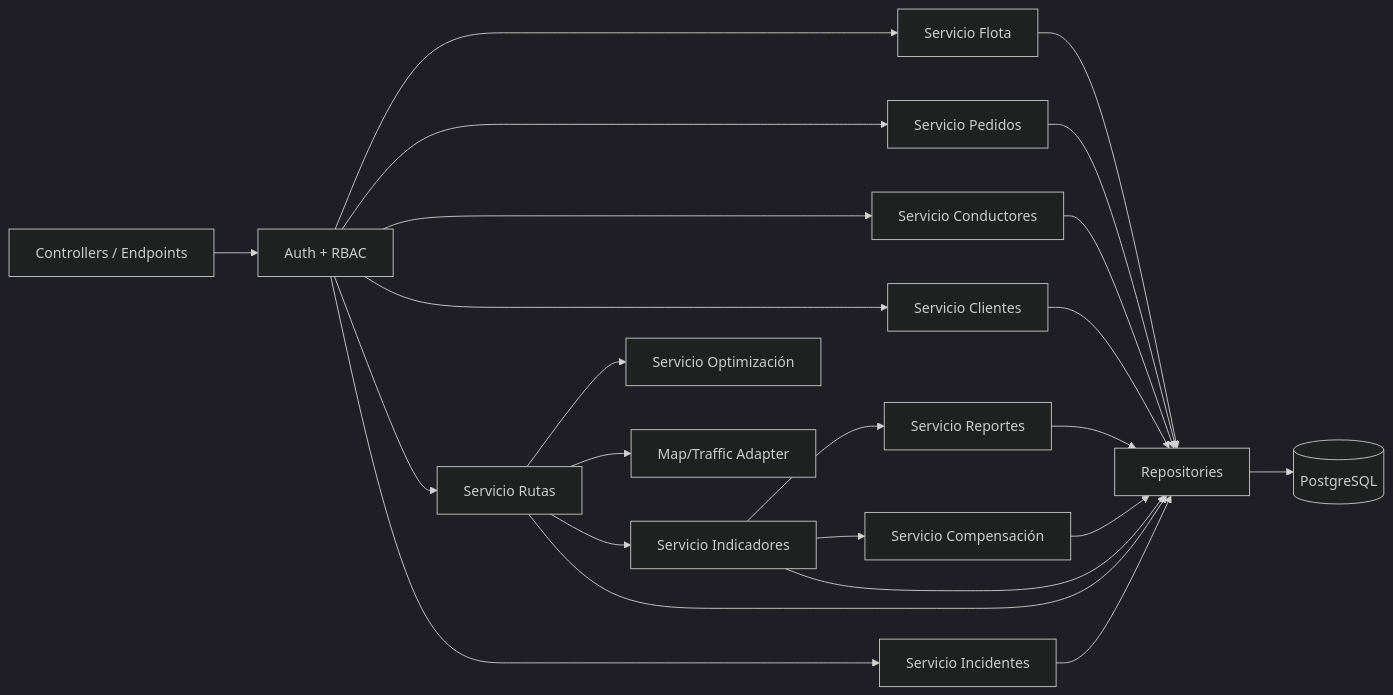
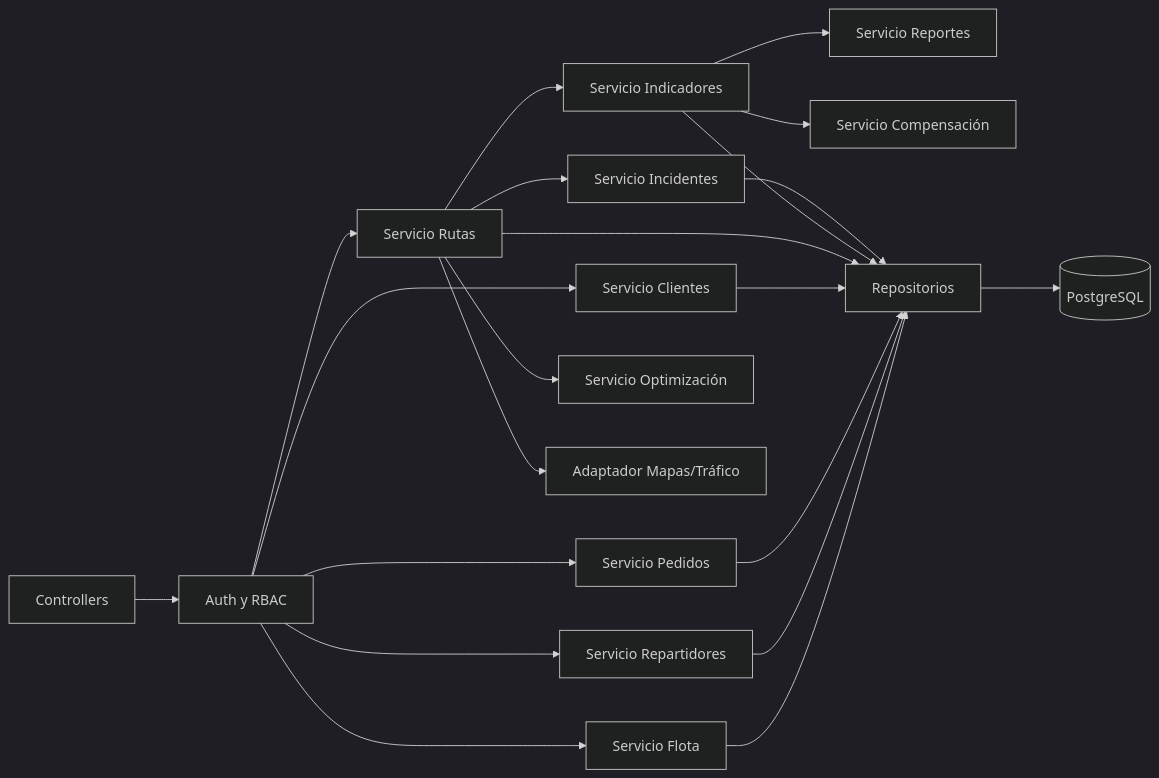
One commit to DartBlackLink/PFA changed the third of 5 diagrams in docs/01 Inicio/12. Modelo C4 V_1_0_0.md. Above: the diagram before and after it, drawn with Mermaid (dark theme). The commit also changed other lines of this file and 17 other files, not shown here.

````diff
--- a/docs/01 Inicio/12. Modelo C4 V_1_0_0.md
+++ b/docs/01 Inicio/12. Modelo C4 V_1_0_0.md
@@ -73,41 +52,23 @@
 ```mermaid
 flowchart LR
-    CTRL[Controllers / Endpoints]
-    AUTH[Auth + RBAC]
-    FLEET[Servicio Flota]
-    ORDER[Servicio Pedidos]
-    DRIVER[Servicio Conductores]
-    CLIENT[Servicio Clientes]
-    ROUTE[Servicio Rutas]
-    OPT[Servicio Optimización]
-    DASH[Servicio Indicadores]
-    REPORT[Servicio Reportes]
-    CARBON[Servicio Compensación]
-    INCIDENT[Servicio Incidentes]
-    REPO[Repositories]
-    DB[(PostgreSQL)]
-    MAP[Map/Traffic Adapter]
-
-    CTRL --> AUTH
-    AUTH --> FLEET
-    AUTH --> ORDER
-    AUTH --> DRIVER
-    AUTH --> CLIENT
-    AUTH --> ROUTE
-    AUTH --> INCIDENT
-    ROUTE --> OPT
-    ROUTE --> MAP
-    ROUTE --> DASH
-    DASH --> REPORT
-    DASH --> CARBON
-    FLEET --> REPO
-    ORDER --> REPO
-    DRIVER --> REPO
-    CLIENT --> REPO
+    CTRL[Controllers] --> AUTH[Auth y RBAC]
+    AUTH --> FLEET[Servicio Flota]
+    AUTH --> DRV[Servicio Repartidores]
+    AUTH --> ORD[Servicio Pedidos]
+    AUTH --> CLI[Servicio Clientes]
+    AUTH --> ROUTE[Servicio Rutas]
+    ROUTE --> OPT[Servicio Optimización]
+    ROUTE --> MAP[Adaptador Mapas/Tráfico]
+    ROUTE --> KPI[Servicio Indicadores]
+    KPI --> REPORT[Servicio Reportes]
+    KPI --> CARB[Servicio Compensación]
+    ROUTE --> INC[Servicio Incidentes]
+    FLEET --> REPO[Repositorios]
+    DRV --> REPO
+    ORD --> REPO
+    CLI --> REPO
     ROUTE --> REPO
-    INCIDENT --> REPO
-    DASH --> REPO
-    REPORT --> REPO
-    CARBON --> REPO
-    REPO --> DB
+    KPI --> REPO
+    INC --> REPO
+    REPO --> DB[(PostgreSQL)]
 ```
````
